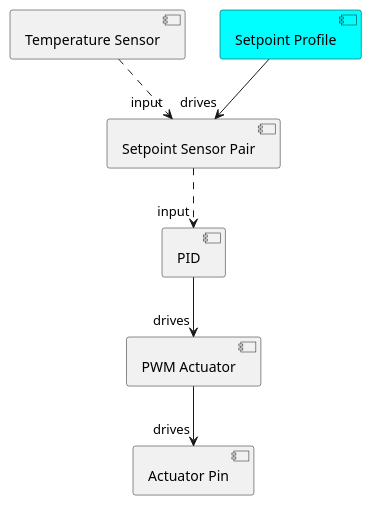
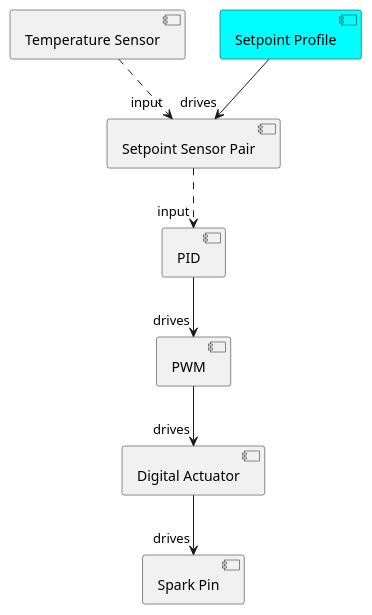
The diagram in docs/uml/profile_chain.puml (BrewBlox/brewblox-documentation), drawn with PlantUML before and after one commit. The commit also changed 7 other files, not shown here.

```diff
--- a/docs/uml/profile_chain.puml
+++ b/docs/uml/profile_chain.puml
@@ -1,15 +1,17 @@
 @startuml Profile control chain
 component Sensor as "Temperature Sensor"
 component Profile as "Setpoint Profile" #Cyan
 component SSP as "Setpoint Sensor Pair"
 component PID
-component PWM as "PWM Actuator"
-component Pin as "Actuator Pin"
+component PWM
+component Digital as "Digital Actuator"
+component Pin as "Spark Pin"
 
 Sensor .down.> "input" SSP
 Profile -down-> "drives" SSP
 SSP .down.> "input" PID
 PID -down-> "drives" PWM
-PWM -down-> "drives" Pin
+PWM -down-> "drives" Digital
+Digital -down-> "drives" Pin
 
 @enduml
```
